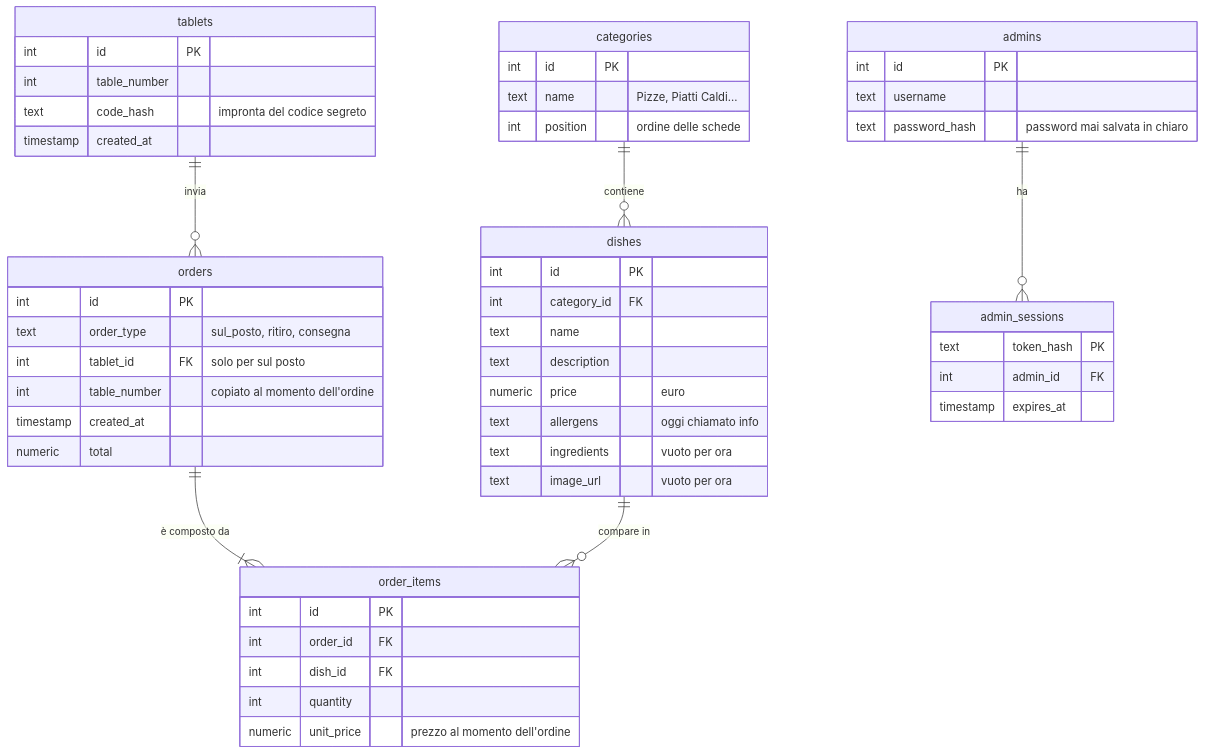
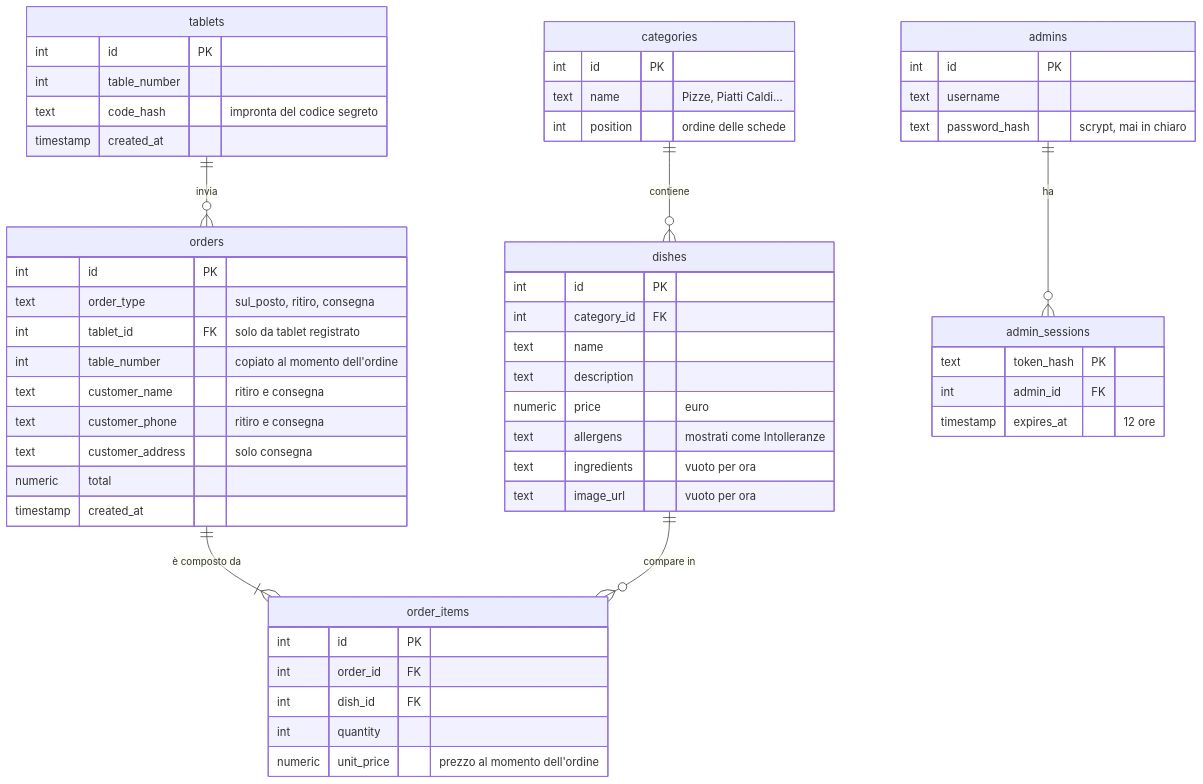
Before and after one commit to Josecontis/RestaurantManager: the fourth of 4 diagrams in doc/piano-server-database.md, drawn with Mermaid. The commit also changed other lines of this file and 1 other file, not shown here.

````diff
--- a/doc/piano-server-database.md
+++ b/doc/piano-server-database.md
@@ -77,54 +83,57 @@
 ```mermaid
 erDiagram
   categories ||--o{ dishes : "contiene"
   orders ||--|{ order_items : "è composto da"
   dishes ||--o{ order_items : "compare in"
   tablets ||--o{ orders : "invia"
   admins ||--o{ admin_sessions : "ha"
   categories {
     int id PK
     text name "Pizze, Piatti Caldi..."
     int position "ordine delle schede"
   }
   dishes {
     int id PK
     int category_id FK
     text name
     text description
     numeric price "euro"
-    text allergens "oggi chiamato info"
+    text allergens "mostrati come Intolleranze"
     text ingredients "vuoto per ora"
     text image_url "vuoto per ora"
   }
   tablets {
     int id PK
     int table_number
     text code_hash "impronta del codice segreto"
     timestamp created_at
   }
   orders {
     int id PK
     text order_type "sul_posto, ritiro, consegna"
-    int tablet_id FK "solo per sul posto"
+    int tablet_id FK "solo da tablet registrato"
     int table_number "copiato al momento dell'ordine"
+    text customer_name "ritiro e consegna"
+    text customer_phone "ritiro e consegna"
+    text customer_address "solo consegna"
+    numeric total
     timestamp created_at
-    numeric total
   }
   order_items {
     int id PK
     int order_id FK
     int dish_id FK
     int quantity
     numeric unit_price "prezzo al momento dell'ordine"
   }
   admins {
     int id PK
     text username
-    text password_hash "password mai salvata in chiaro"
+    text password_hash "scrypt, mai in chiaro"
   }
   admin_sessions {
     text token_hash PK
     int admin_id FK
-    timestamp expires_at
+    timestamp expires_at "12 ore"
   }
 ```
````
